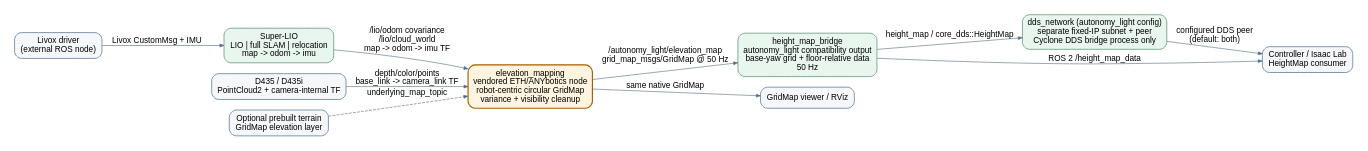
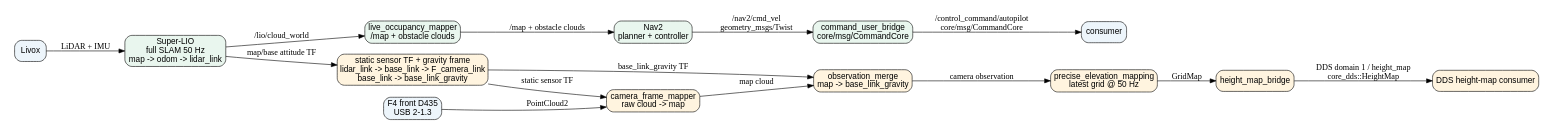
Before and after one commit to cocelo-ai/autonomy: the diagram in docs/software_node_topology.dot, drawn with Graphviz. The commit also changed 71 other files, not shown here.

```diff
--- a/docs/software_node_topology.dot
+++ b/docs/software_node_topology.dot
@@ -1,28 +1,32 @@
 digraph autonomy_light {
   rankdir=LR;
   graph [fontname="Arial", bgcolor="white", pad="0.25"];
-  node [fontname="Arial", shape=box, style="rounded,filled", color="#24527a",
-        fillcolor="#edf5fb", margin="0.16,0.10"];
-  edge [fontname="Arial", color="#4d6b82", arrowsize="0.7"];
+  node [fontname="Arial", shape=box, style="rounded,filled", fillcolor="#edf5fb"];
 
-  livox [label="Livox driver\n(external ROS node)", fillcolor="#f5f7fa"];
-  lio [label="Super-LIO\nLIO | full SLAM | relocation\nmap -> odom -> imu", fillcolor="#e9f6ee", color="#32734d"];
-  d435 [label="D435 / D435i\nPointCloud2 + camera-internal TF", fillcolor="#f5f7fa"];
-  mapper [label="elevation_mapping\nvendored ETH/ANYbotics node\nrobot-centric circular GridMap\nvariance + visibility cleanup",
-          fillcolor="#fff4df", color="#a65e00", penwidth="2"];
-  bridge [label="height_map_bridge\nautonomy_light compatibility output\nbase-yaw grid + floor-relative data\n50 Hz", fillcolor="#e9f6ee", color="#32734d"];
-  dds_network [label="dds_network (autonomy_light config)\nseparate fixed-IP subnet + peer\nCyclone DDS bridge process only", fillcolor="#e9f6ee", color="#32734d"];
-  control [label="Controller / Isaac Lab\nHeightMap consumer", fillcolor="#f5f7fa"];
-  rviz [label="GridMap viewer / RViz", fillcolor="#f5f7fa"];
-  prior [label="Optional prebuilt terrain\nGridMap elevation layer", fillcolor="#f5f7fa"];
+  livox [label="Livox"];
+  lio [label="Super-LIO\nfull SLAM 50 Hz\nmap -> odom -> lidar_link", fillcolor="#e9f6ee"];
+  occupancy [label="live_occupancy_mapper\n/map + obstacle clouds", fillcolor="#e9f6ee"];
+  nav2 [label="Nav2\nplanner + controller", fillcolor="#e9f6ee"];
+  command [label="command_user_bridge\ncore/msg/CommandCore", fillcolor="#e9f6ee"];
+  tf [label="static sensor TF + gravity frame\nlidar_link -> base_link -> F_camera_link\nbase_link -> base_link_gravity", fillcolor="#fff4df"];
+  camera [label="F4 front D435\nUSB 2-1.3"];
+  mapper [label="camera_frame_mapper\nraw cloud -> map", fillcolor="#fff4df"];
+  merge [label="observation_merge\nmap -> base_link_gravity", fillcolor="#fff4df"];
+  elevation [label="precise_elevation_mapping\nlatest grid @ 50 Hz", fillcolor="#fff4df"];
+  height [label="height_map_bridge", fillcolor="#fff4df"];
+  height_consumer [label="DDS height-map consumer", fillcolor="#fff4df"];
 
-  livox -> lio [label="Livox CustomMsg + IMU"];
-  lio -> mapper [label="/lio/odom covariance\n/lio/cloud_world\nmap -> odom -> imu TF"];
-  d435 -> mapper [label="depth/color/points\nbase_link -> camera_link TF"];
-  prior -> mapper [label="underlying_map_topic", style=dashed];
-  mapper -> bridge [label="/autonomy_light/elevation_map\ngrid_map_msgs/GridMap @ 50 Hz"];
-  bridge -> dds_network [label="height_map / core_dds::HeightMap"];
-  dds_network -> control [label="configured DDS peer\n(default: both)"];
-  bridge -> control [label="ROS 2 /height_map_data"];
-  mapper -> rviz [label="same native GridMap"];
+  livox -> lio [label="LiDAR + IMU"];
+  lio -> occupancy [label="/lio/cloud_world"];
+  occupancy -> nav2 [label="/map + obstacle clouds"];
+  nav2 -> command [label="/nav2/cmd_vel\ngeometry_msgs/Twist"];
+  command -> consumer [label="/control_command/autopilot\ncore/msg/CommandCore"];
+  lio -> tf [label="map/base attitude TF"];
+  tf -> mapper [label="static sensor TF"];
+  tf -> merge [label="base_link_gravity TF"];
+  camera -> mapper [label="PointCloud2"];
+  mapper -> merge [label="map cloud"];
+  merge -> elevation [label="camera observation"];
+  elevation -> height [label="GridMap"];
+  height -> height_consumer [label="DDS domain 1 / height_map\ncore_dds::HeightMap"];
 }
```
